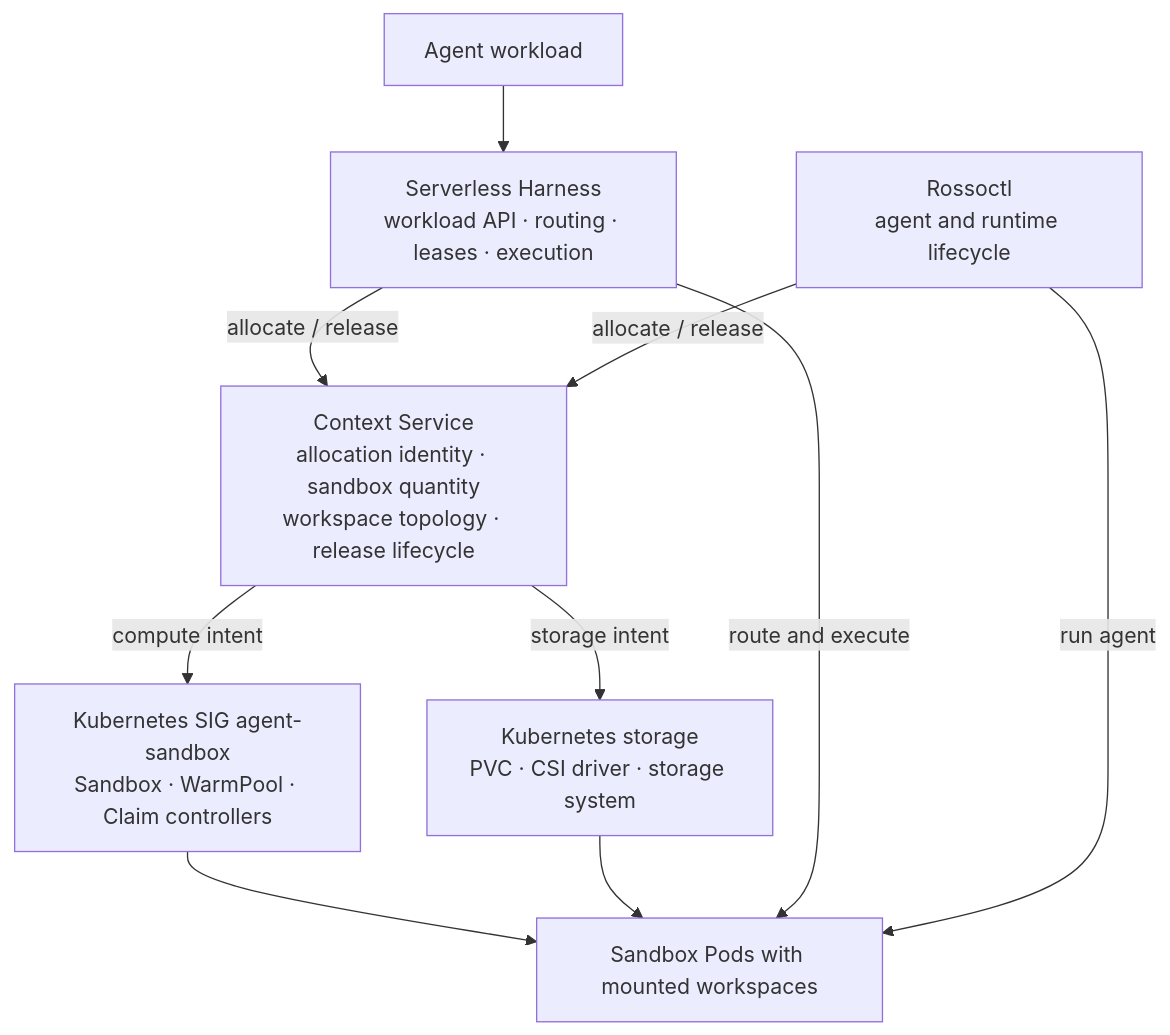
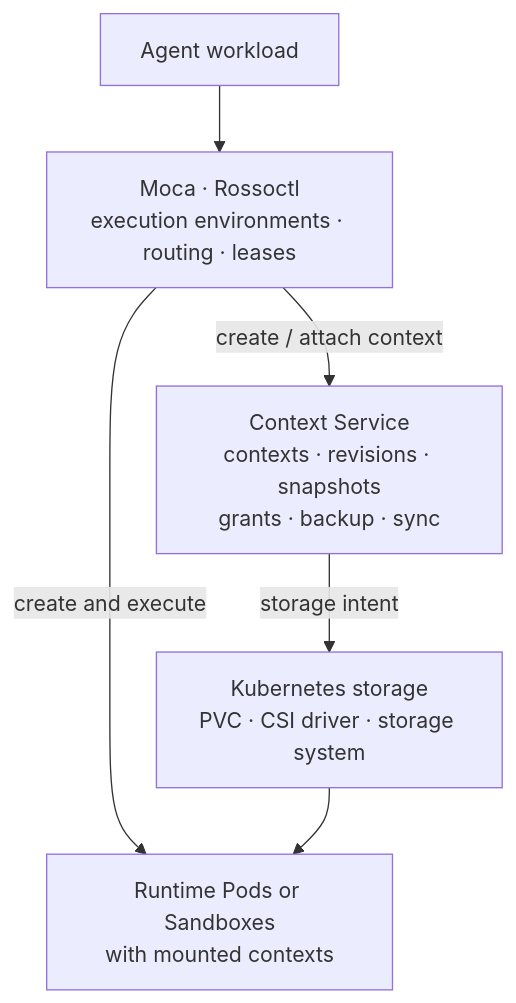
The diagram in docs/design.md (rossoctl/context-service), drawn with Mermaid before and after one commit. The commit also changed other lines of this file and 28 other files, not shown here.

First line of the commit message:
chore: remove sandbox pools; Context Service stores context only (#51)

````diff
--- a/docs/design.md
+++ b/docs/design.md
@@ -37,20 +19,14 @@
 ```mermaid
 flowchart TB
     Workload["Agent workload"]
-    SH["Serverless Harness<br/>workload API · routing · leases · execution"]
-    Rosso["Rossoctl<br/>agent and runtime lifecycle"]
-    CS["Context Service<br/>allocation identity · sandbox quantity<br/>workspace topology · release lifecycle"]
-    AgentSandbox["Kubernetes SIG agent-sandbox<br/>Sandbox · WarmPool · Claim controllers"]
+    Runtime["Moca · Rossoctl<br/>execution environments · routing · leases"]
+    CS["Context Service<br/>contexts · revisions · snapshots<br/>grants · backup · sync"]
     Storage["Kubernetes storage<br/>PVC · CSI driver · storage system"]
-    Pods["Sandbox Pods with mounted workspaces"]
+    Pods["Runtime Pods or Sandboxes<br/>with mounted contexts"]
 
-    Workload --> SH
-    SH -->|allocate / release| CS
-    Rosso -->|allocate / release| CS
-    CS -->|compute intent| AgentSandbox
+    Workload --> Runtime
+    Runtime -->|create / attach context| CS
     CS -->|storage intent| Storage
-    AgentSandbox --> Pods
+    Runtime -->|create and execute| Pods
     Storage --> Pods
-    SH -->|route and execute| Pods
-    Rosso -->|run agent| Pods
 ```
````
